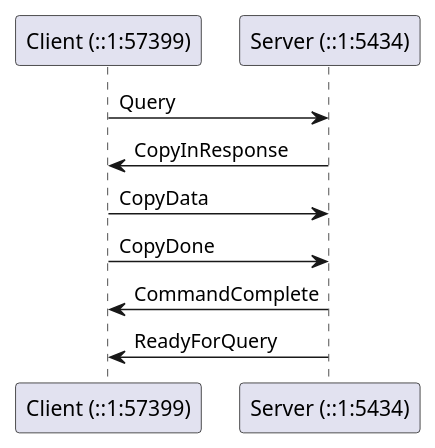
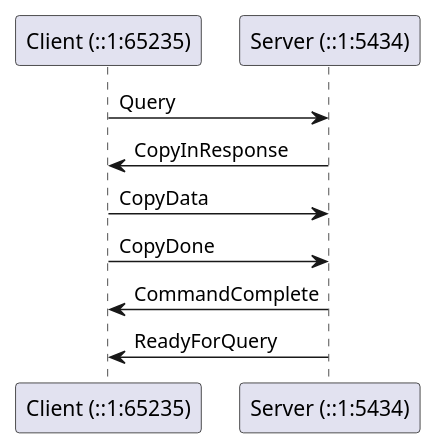
Before and after one commit to xfischer/pg_protoexport: the diagram in docs/examples/exports/pagila-12-copy-in-binary/capture.plantuml.seq.md, drawn with PlantUML. The commit also changed 135 other files, not shown here.

````diff
--- a/docs/examples/exports/pagila-12-copy-in-binary/capture.plantuml.seq.md
+++ b/docs/examples/exports/pagila-12-copy-in-binary/capture.plantuml.seq.md
@@ -2,12 +2,12 @@
 ```plantuml
 @startuml
-participant "Client (::1:57399)" as C
+participant "Client (::1:65235)" as C
 participant "Server (::1:5434)" as S
 C -> S : Query
 S -> C : CopyInResponse
 C -> S : CopyData
 C -> S : CopyDone
 S -> C : CommandComplete
 S -> C : ReadyForQuery
 @enduml
 ```
````
